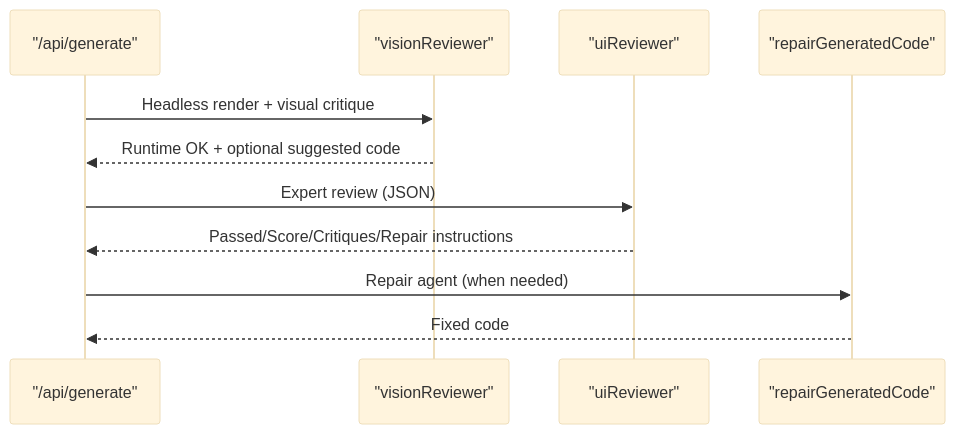
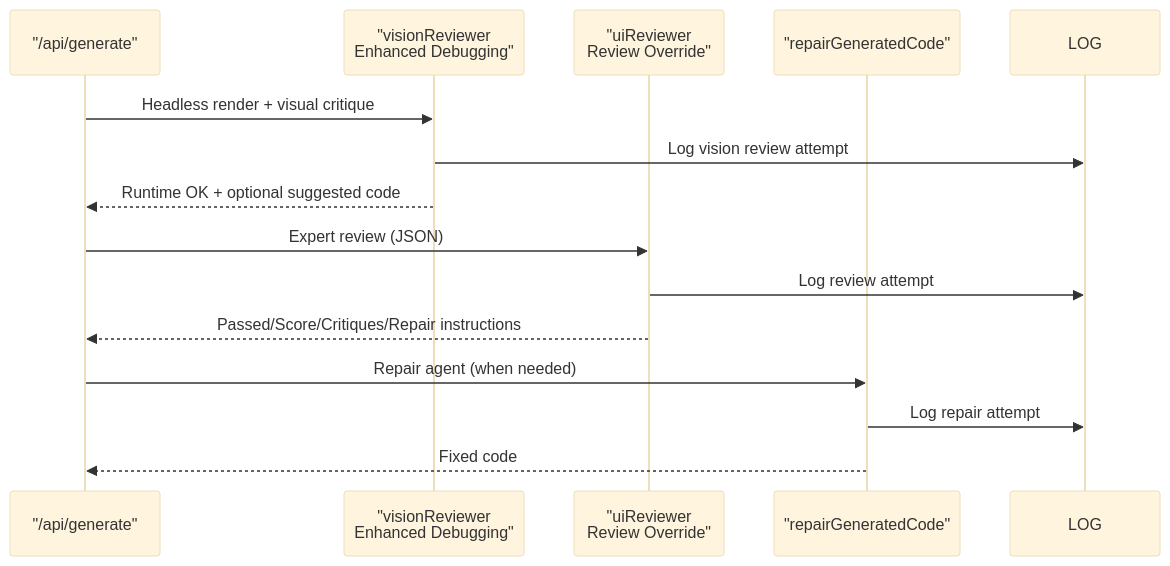
Before and after one commit to shekhargiri005-dotcom/AI-powered-accessibility-first-UI-engine: the seventh of 14 diagrams in .qoder/repowiki/en/content/Architecture & Design/Layered Architecture/Business Logic Layer/AI Generation Pipeline.md, drawn with Mermaid (base theme). The commit also changed other lines of this file and 20 other files, not shown here.

````diff
--- a/.qoder/repowiki/en/content/Architecture & Design/Layered Architecture/Business Logic Layer/AI Generation Pipeline.md
+++ b/.qoder/repowiki/en/content/Architecture & Design/Layered Architecture/Business Logic Layer/AI Generation Pipeline.md
@@ -333,13 +362,16 @@
 ```mermaid
 sequenceDiagram
 participant API as "/api/generate"
-participant VR as "visionReviewer"
-participant UR as "uiReviewer"
+participant VR as "visionReviewer<br/>Enhanced Debugging"
+participant UR as "uiReviewer<br/>Review Override"
 participant RR as "repairGeneratedCode"
 API->>VR : Headless render + visual critique
+VR->>LOG : Log vision review attempt
 VR-->>API : Runtime OK + optional suggested code
 API->>UR : Expert review (JSON)
+UR->>LOG : Log review attempt
 UR-->>API : Passed/Score/Critiques/Repair instructions
 API->>RR : Repair agent (when needed)
+RR->>LOG : Log repair attempt
 RR-->>API : Fixed code
 ```
````
